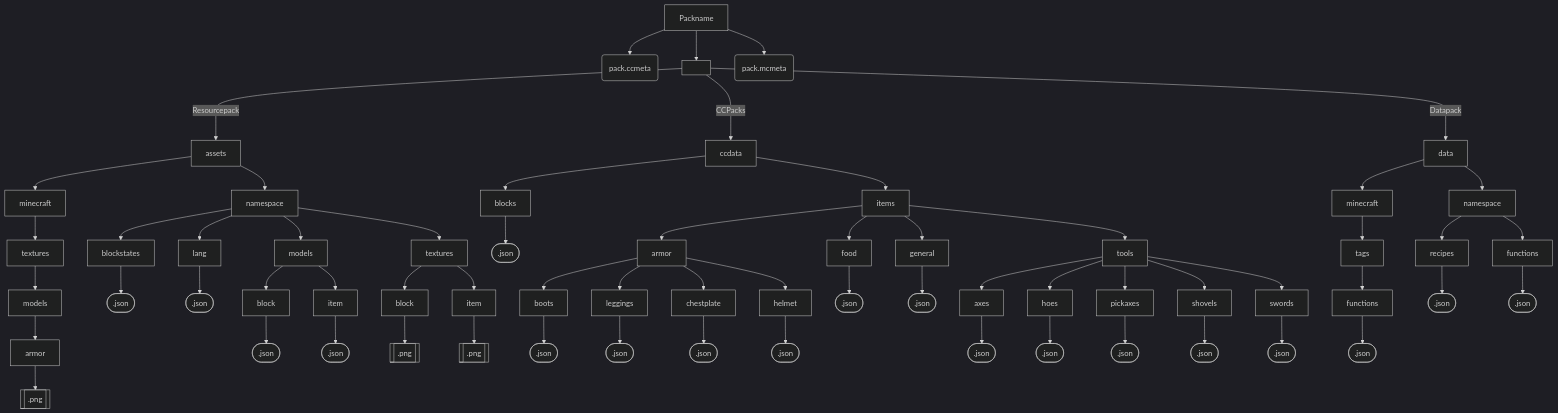
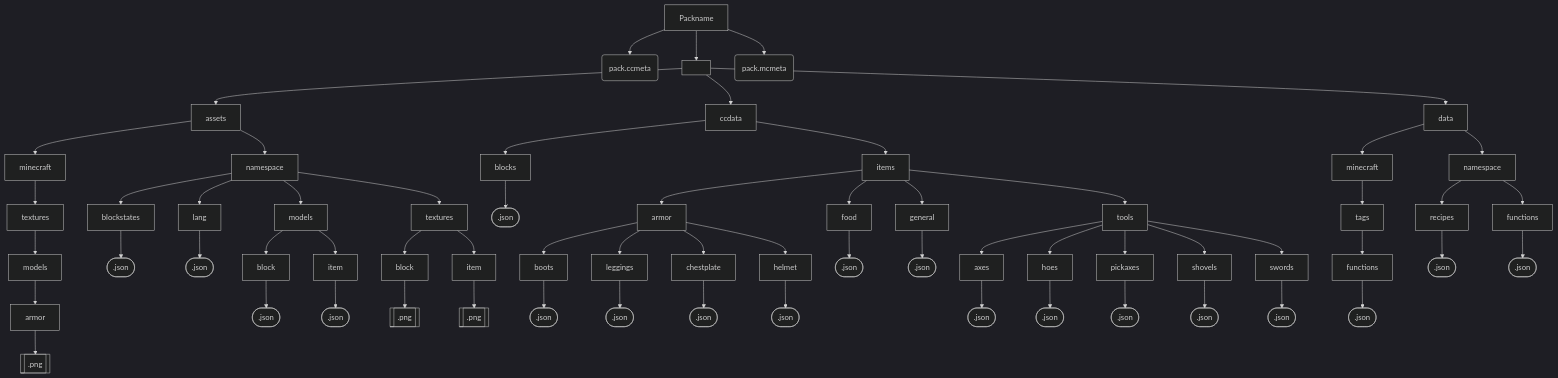
One commit to MisionThi/ccpack-docs changed the diagram in docs/index.md. Above: the diagram before and after it, drawn with Mermaid (dark theme).

````diff
--- a/docs/index.md
+++ b/docs/index.md
@@ -9,42 +9,42 @@
 ```mermaid
 graph TD
 A[Packname]
 A --> C(pack.ccmeta)
 A --> B[ ]
 A --> D(pack.mcmeta)
 
-B -- Resourcepack ---> E[assets]
+B --> E[assets]
 E --> E1[minecraft] --> E1.1[textures] --> E1.2[models] --> E1.3[armor] --> E1.4[[.png]]
 E --> E2[namespace]
 E2 --> E2.1[blockstates] --> E2.1.1([.json])
 E2 --> E2.2[lang] --> E2.2.1([.json])
 E2 --> E2.3[models]
 E2.3 --> E2.3.1[block] --> E2.3.1.1([.json])
 E2.3 --> E2.3.2[item] --> E2.3.2.1([.json])
 E2 --> E2.4[textures]
 E2.4 --> E2.4.1[block] --> E2.4.1.1[[.png]]
 E2.4 --> E2.4.2[item] --> E2.4.2.1[[.png]]
 
-B -- CCPacks ---> F[ccdata]
+B --> F[ccdata]
 F --> FA[blocks] --> FAA([.json])
 F --> FB[items]
 FB --> FBA[armor]
 FBA --> FBAA[boots] --> FBAAA([.json])
 FBA --> FBAB[leggings] --> FBABA([.json])
 FBA --> FBAC[chestplate] --> FBACA([.json])
 FBA --> FBAD[helmet] --> FBADA([.json])
 FB --> FBB[food] --> FBBA([.json])
 FB --> FBC[general] --> FBCA([.json])
 FB --> FBD[tools]
 FBD --> FBDA[axes] --> FBDAA([.json])
 FBD --> FBDB[hoes] --> FBDBA([.json])
 FBD --> FBDC[pickaxes] --> FBDCA([.json])
 FBD --> FBDD[shovels] --> FBDDA([.json])
 FBD --> FBDE[swords] --> FBDEA([.json])
 
-B -- Datapack ---> G[data]
+B --> G[data]
 G --> GA[minecraft] --> GAA[tags] --> GAAA[functions] --> GAAAA([.json])
 G --> GB[namespace]
 GB --> GBA[recipes] --> GBAA([.json])
 GB --> GBB[functions] -->GBBA([.json])
 ```
````
